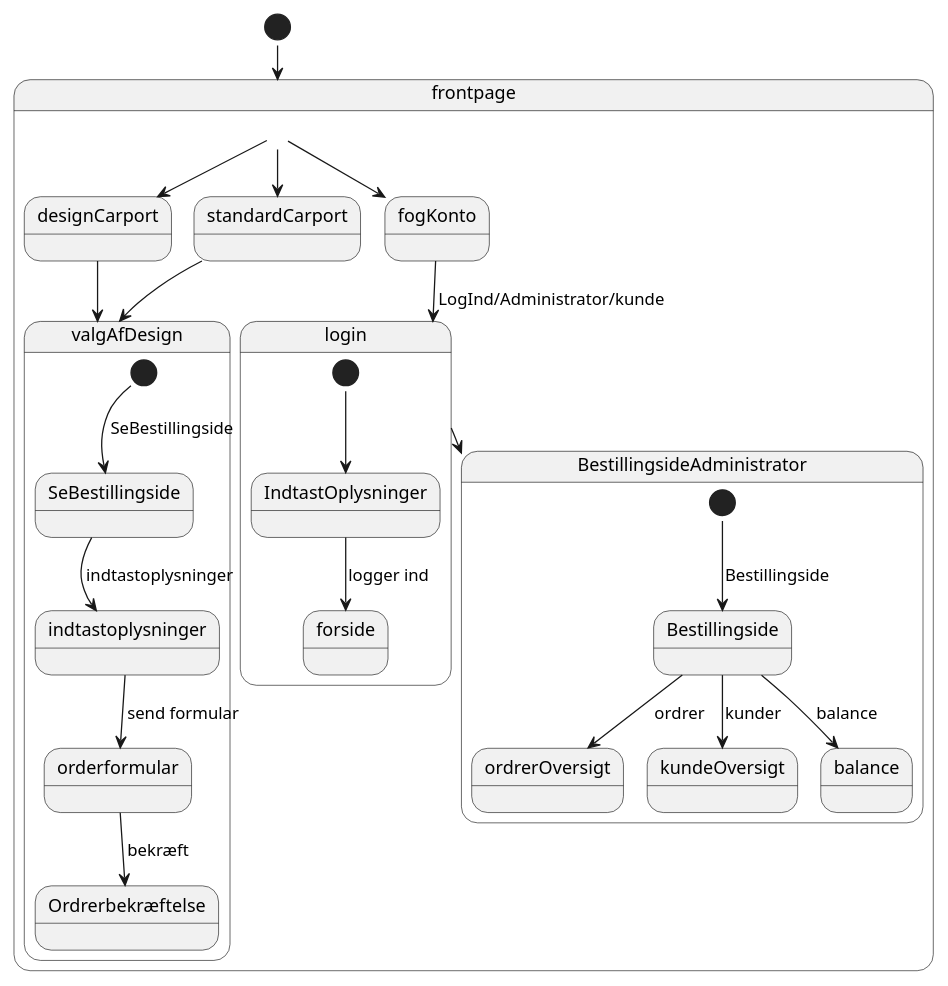
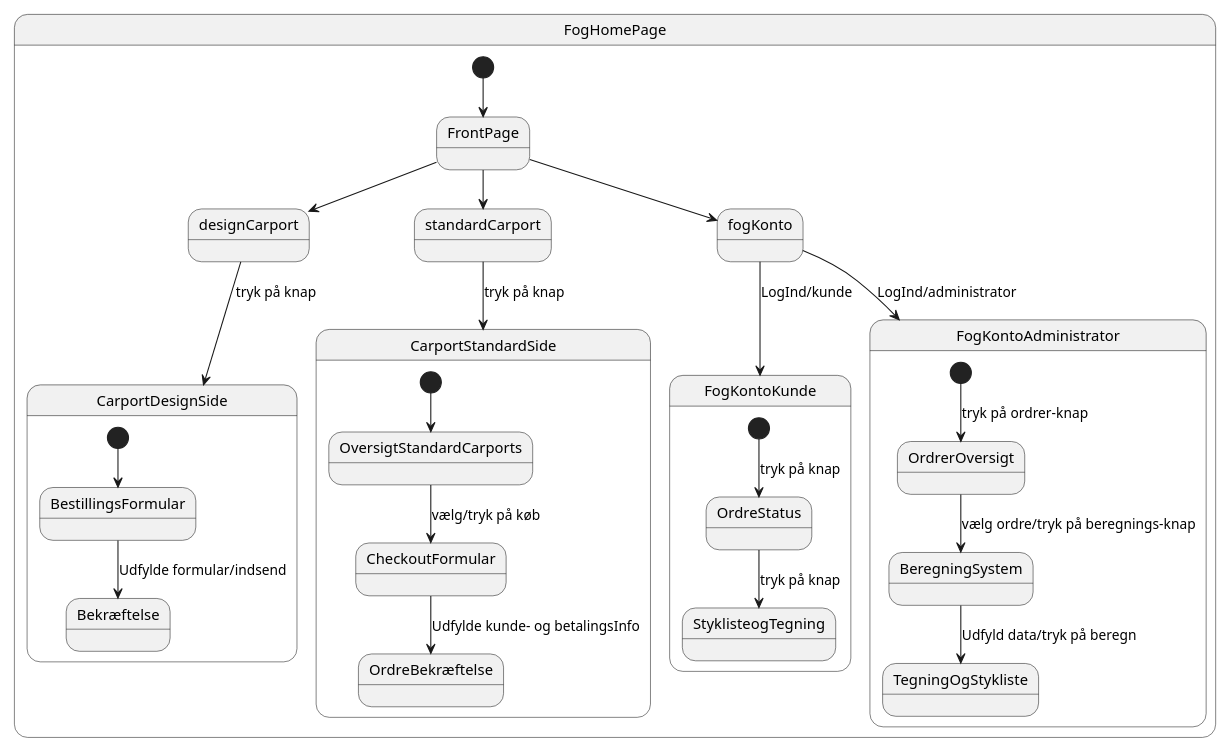
Before and after one commit to Marwamnr/Fog-projektet: the diagram in src/main/resources/public/diagram & model/navigationsDiagram.puml, drawn with PlantUML. The commit also changed 3 other files, not shown here.

```diff
--- a/src/main/resources/public/diagram & model/navigationsDiagram.puml
+++ b/src/main/resources/public/diagram & model/navigationsDiagram.puml
@@ -1,49 +1,54 @@
 @startuml
-'https://plantuml.com/state-diagram
-!pragma layout smetana
+
+scale 900 width
 
 
 
-scale 700 width
-[*] --> frontpage
+state FogHomePage {
+
+[*] --> FrontPage
+  FrontPage --> designCarport
+  FrontPage --> standardCarport
+  FrontPage --> fogKonto
 
 
-state frontpage {
-
-  frontpage --> designCarport
-  frontpage --> standardCarport
-  frontpage --> fogKonto
 
 
-  designCarport --> valgAfDesign
-  standardCarport --> valgAfDesign
-  fogKonto --> login : LogInd/Administrator/kunde
 
-  login --> BestillingsideAdministrator
+  state CarportDesignSide{
+  designCarport --> CarportDesignSide : tryk på knap
+  [*]--> BestillingsFormular
+  BestillingsFormular--> Bekræftelse : Udfylde formular/indsend
+  }
+
+  state CarportStandardSide {
+  standardCarport --> CarportStandardSide : tryk på knap
+  [*]--> OversigtStandardCarports
+  OversigtStandardCarports--> CheckoutFormular : vælg/tryk på køb
+  CheckoutFormular --> OrdreBekræftelse:Udfylde kunde- og betalingsInfo
 
 }
 
+  fogKonto --> FogKontoKunde : LogInd/kunde
+  fogKonto --> FogKontoAdministrator : LogInd/administrator
 
 
-state valgAfDesign {
-  [*] --> SeBestillingside : SeBestillingside
-  SeBestillingside--> indtastoplysninger : indtastoplysninger
-
-  indtastoplysninger --> orderformular : send formular
-    orderformular --> Ordrerbekræftelse: bekræft
 
 }
 
-state login {
-  [*] --> IndtastOplysninger
-  IndtastOplysninger --> forside : logger ind
+state FogKontoAdministrator {
+[*]-->OrdrerOversigt: tryk på ordrer-knap
+OrdrerOversigt-->BeregningSystem :vælg ordre/tryk på beregnings-knap
+BeregningSystem-->TegningOgStykliste :Udfyld data/tryk på beregn
+
 }
 
-state BestillingsideAdministrator {
-  [*] --> Bestillingside : Bestillingside
-  Bestillingside--> ordrerOversigt : ordrer
-  Bestillingside--> kundeOversigt : kunder
-  Bestillingside--> balance : balance
+state FogKontoKunde {
+
+
+[*]-->OrdreStatus :tryk på knap
+OrdreStatus-->StyklisteogTegning :tryk på knap
+
 }
 
 @enduml
```
